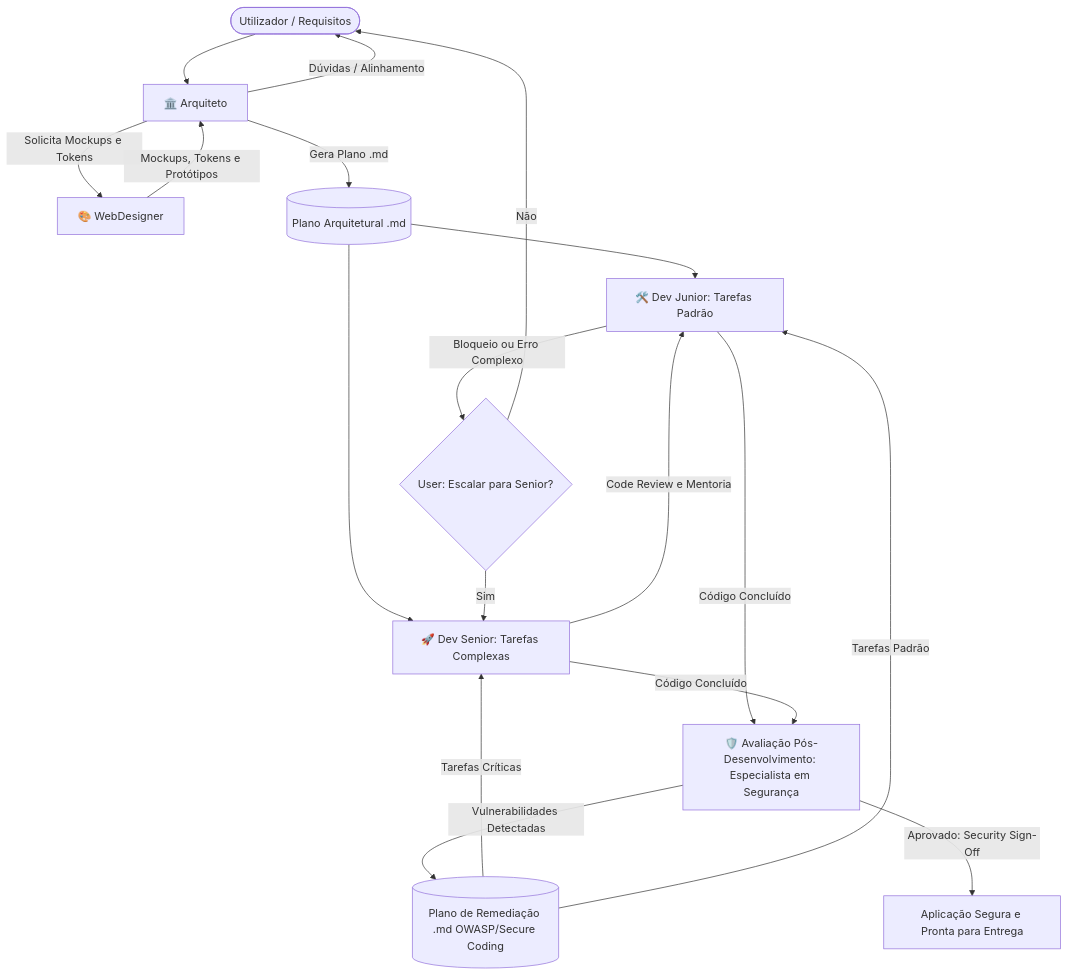
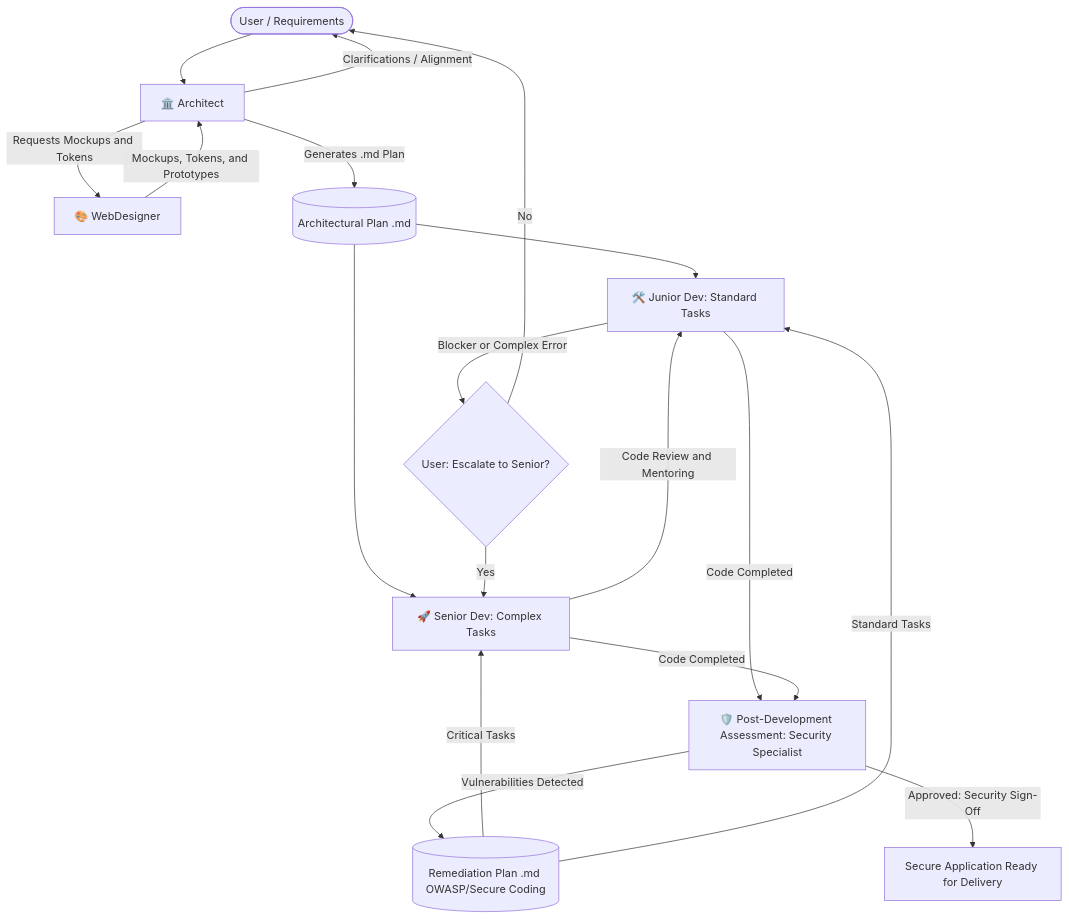
One commit to petherbcl/DevAgent changed the diagram in AGENTS.md. Above: the diagram before and after it, drawn with Mermaid. The commit also changed other lines of this file and 24 other files, not shown here.

````diff
--- a/AGENTS.md
+++ b/AGENTS.md
@@ -69,23 +69,23 @@
 ```mermaid
 flowchart TD
-    User([Utilizador / Requisitos]) --> Arquiteto[🏛️ Arquiteto]
-    Arquiteto -- "Dúvidas / Alinhamento" --> User
-    Arquiteto -- "Solicita Mockups e Tokens" --> WebDesigner[🎨 WebDesigner]
-    WebDesigner -- "Mockups, Tokens e Protótipos" --> Arquiteto
-    Arquiteto -- "Gera Plano .md" --> Plan[(Plano Arquitetural .md)]
-    Plan --> DevJunior[🛠️ Dev Junior: Tarefas Padrão]
-    Plan --> DevSenior[🚀 Dev Senior: Tarefas Complexas]
-    DevJunior -- "Bloqueio ou Erro Complexo" --> EscalaDuvida{User: Escalar para Senior?}
-    EscalaDuvida -- "Sim" --> DevSenior
-    EscalaDuvida -- "Não" --> User
-    DevSenior -- "Code Review e Mentoria" --> DevJunior
+    User([User / Requirements]) --> Arquiteto[🏛️ Architect]
+    Arquiteto -- "Clarifications / Alignment" --> User
+    Arquiteto -- "Requests Mockups and Tokens" --> WebDesigner[🎨 WebDesigner]
+    WebDesigner -- "Mockups, Tokens, and Prototypes" --> Arquiteto
+    Arquiteto -- "Generates .md Plan" --> Plan[(Architectural Plan .md)]
+    Plan --> DevJunior[🛠️ Junior Dev: Standard Tasks]
+    Plan --> DevSenior[🚀 Senior Dev: Complex Tasks]
+    DevJunior -- "Blocker or Complex Error" --> EscalaDuvida{User: Escalate to Senior?}
+    EscalaDuvida -- "Yes" --> DevSenior
+    EscalaDuvida -- "No" --> User
+    DevSenior -- "Code Review and Mentoring" --> DevJunior
     
-    DevJunior -- "Código Concluído" --> SecurityGate[🛡️ Avaliação Pós-Desenvolvimento: Especialista em Segurança]
-    DevSenior -- "Código Concluído" --> SecurityGate
+    DevJunior -- "Code Completed" --> SecurityGate[🛡️ Post-Development Assessment: Security Specialist]
+    DevSenior -- "Code Completed" --> SecurityGate
     
-    SecurityGate -- "Vulnerabilidades Detectadas" --> SecPlan[(Plano de Remediação .md OWASP/Secure Coding)]
-    SecPlan -- "Tarefas Críticas" --> DevSenior
-    SecPlan -- "Tarefas Padrão" --> DevJunior
+    SecurityGate -- "Vulnerabilities Detected" --> SecPlan[(Remediation Plan .md OWASP/Secure Coding)]
+    SecPlan -- "Critical Tasks" --> DevSenior
+    SecPlan -- "Standard Tasks" --> DevJunior
     
-    SecurityGate -- "Aprovado: Security Sign-Off" --> Build[Aplicação Segura e Pronta para Entrega]
+    SecurityGate -- "Approved: Security Sign-Off" --> Build[Secure Application Ready for Delivery]
 ```
````
